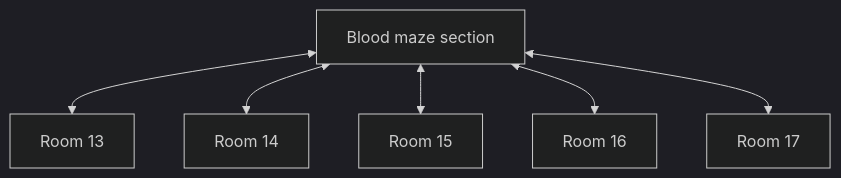
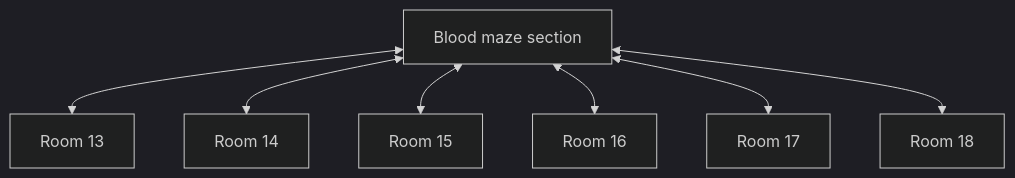
Before and after one commit to SlothBorg/Dungeon23: the fourth of 4 diagrams in Dungeon/Level_03/README.md, drawn with Mermaid (dark theme). The commit also changed 4 other files, not shown here.

````diff
--- a/Dungeon/Level_03/README.md
+++ b/Dungeon/Level_03/README.md
@@ -39,9 +39,10 @@
 ```mermaid
 flowchart TD
     Blood[Blood maze section] <-->C13[Room 13]
     Blood <--> C14[Room 14]
     Blood <--> C15[Room 15]
     Blood <--> C16[Room 16]
     Blood <--> C17[Room 17]
+    Blood <--> C18[Room 18]
 
 ```
````
